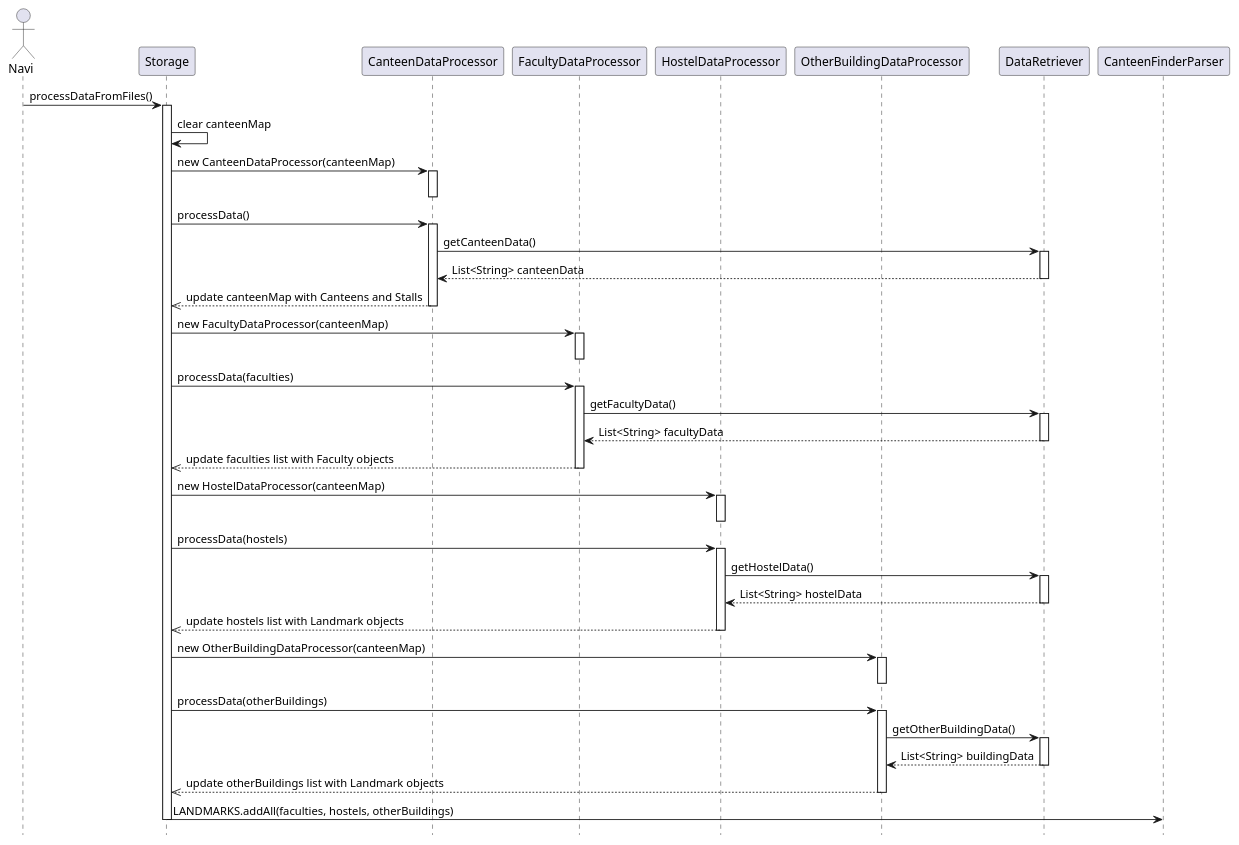
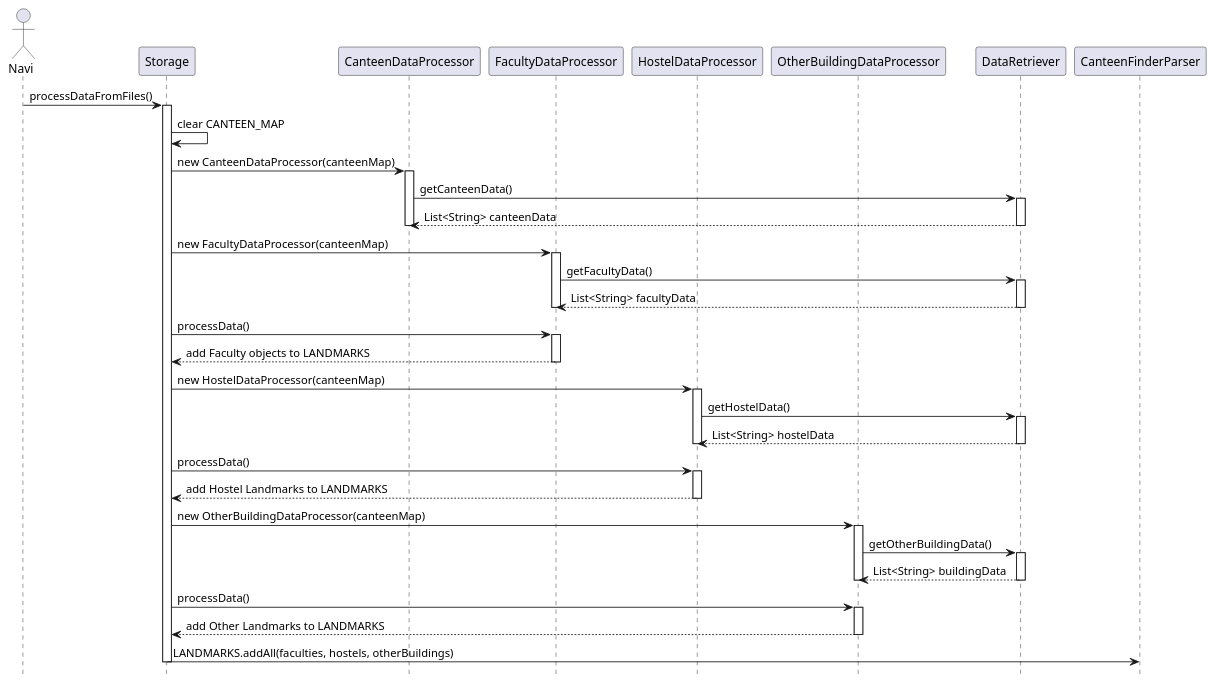
The diagram in docs/diagrams/plantuml.puml (AY2425S2-CS2113-W12-2/tp), drawn with PlantUML before and after one commit. The commit also changed 2 other files, not shown here.

```diff
--- a/docs/diagrams/plantuml.puml
+++ b/docs/diagrams/plantuml.puml
@@ -1,74 +1,78 @@
 @startuml
-' Hide the bottom lifeline boxes (those vertical dashed lines with the "X" at the bottom)
+' Hide the footbox (X marks at the end of lifelines)
 hide footbox
 
-Actor Navi
+actor Navi
 
 participant Storage
 participant CanteenDataProcessor
 participant FacultyDataProcessor
 participant HostelDataProcessor
 participant OtherBuildingDataProcessor
 participant DataRetriever
 participant CanteenFinderParser
 
 Navi -> Storage : processDataFromFiles()
 activate Storage
 
-Storage -> Storage : clear canteenMap
+Storage -> Storage : clear CANTEEN_MAP
+
+' --- Canteen Data Processing ---
+
 
 Storage -> CanteenDataProcessor : new CanteenDataProcessor(canteenMap)
-activate CanteenDataProcessor
-deactivate CanteenDataProcessor
-
-Storage -> CanteenDataProcessor : processData()
 activate CanteenDataProcessor
 CanteenDataProcessor -> DataRetriever : getCanteenData()
 activate DataRetriever
 DataRetriever --> CanteenDataProcessor : List<String> canteenData
 deactivate DataRetriever
-CanteenDataProcessor -->> Storage : update canteenMap with Canteens and Stalls
 deactivate CanteenDataProcessor
 
+
+' --- Faculty Data Processing ---
 Storage -> FacultyDataProcessor : new FacultyDataProcessor(canteenMap)
-activate FacultyDataProcessor
-deactivate FacultyDataProcessor
-
-Storage -> FacultyDataProcessor : processData(faculties)
 activate FacultyDataProcessor
 FacultyDataProcessor -> DataRetriever : getFacultyData()
 activate DataRetriever
 DataRetriever --> FacultyDataProcessor : List<String> facultyData
 deactivate DataRetriever
-FacultyDataProcessor -->> Storage : update faculties list with Faculty objects
 deactivate FacultyDataProcessor
 
+Storage -> FacultyDataProcessor : processData()
+activate FacultyDataProcessor
+FacultyDataProcessor --> Storage : add Faculty objects to LANDMARKS
+deactivate FacultyDataProcessor
+
+' --- Hostel Data Processing ---
 Storage -> HostelDataProcessor : new HostelDataProcessor(canteenMap)
-activate HostelDataProcessor
-deactivate HostelDataProcessor
-
-Storage -> HostelDataProcessor : processData(hostels)
 activate HostelDataProcessor
 HostelDataProcessor -> DataRetriever : getHostelData()
 activate DataRetriever
 DataRetriever --> HostelDataProcessor : List<String> hostelData
 deactivate DataRetriever
-HostelDataProcessor -->> Storage : update hostels list with Landmark objects
 deactivate HostelDataProcessor
 
+Storage -> HostelDataProcessor : processData()
+activate HostelDataProcessor
+HostelDataProcessor --> Storage : add Hostel Landmarks to LANDMARKS
+deactivate HostelDataProcessor
+
+' --- Other Building Data Processing ---
 Storage -> OtherBuildingDataProcessor : new OtherBuildingDataProcessor(canteenMap)
-activate OtherBuildingDataProcessor
-deactivate OtherBuildingDataProcessor
-
-Storage -> OtherBuildingDataProcessor : processData(otherBuildings)
 activate OtherBuildingDataProcessor
 OtherBuildingDataProcessor -> DataRetriever : getOtherBuildingData()
 activate DataRetriever
 DataRetriever --> OtherBuildingDataProcessor : List<String> buildingData
 deactivate DataRetriever
-OtherBuildingDataProcessor -->> Storage : update otherBuildings list with Landmark objects
 deactivate OtherBuildingDataProcessor
 
+Storage -> OtherBuildingDataProcessor : processData()
+activate OtherBuildingDataProcessor
+OtherBuildingDataProcessor --> Storage : add Other Landmarks to LANDMARKS
+deactivate OtherBuildingDataProcessor
+
+
+' --- Final Aggregation ---
 Storage -> CanteenFinderParser : LANDMARKS.addAll(faculties, hostels, otherBuildings)
 deactivate Storage
 @enduml
```
